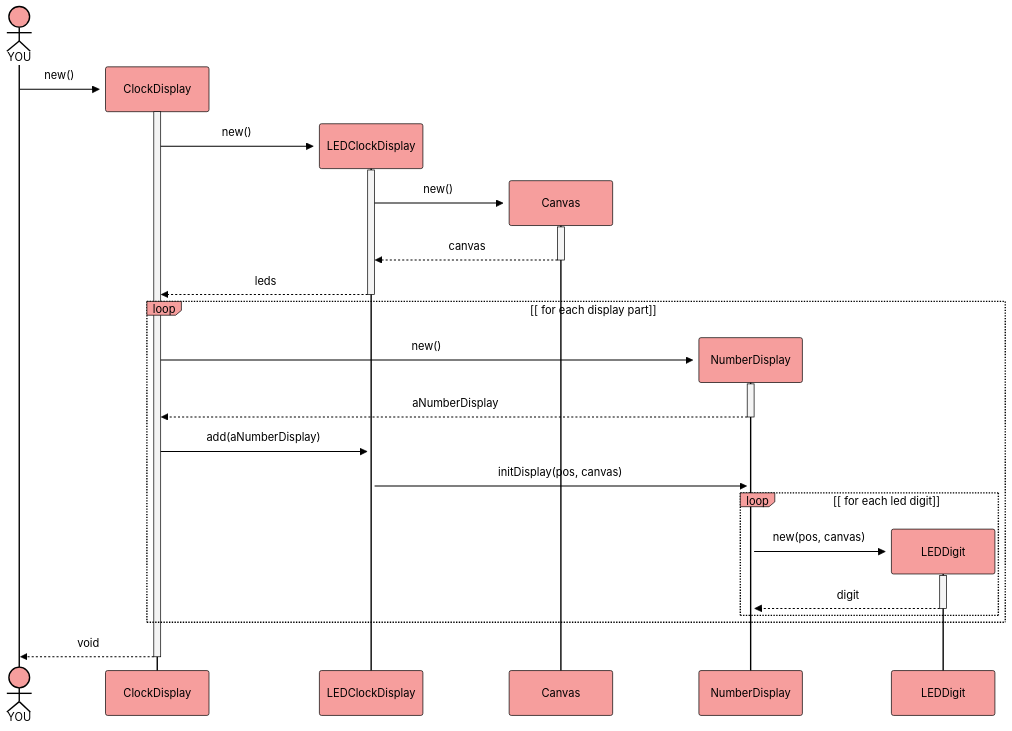
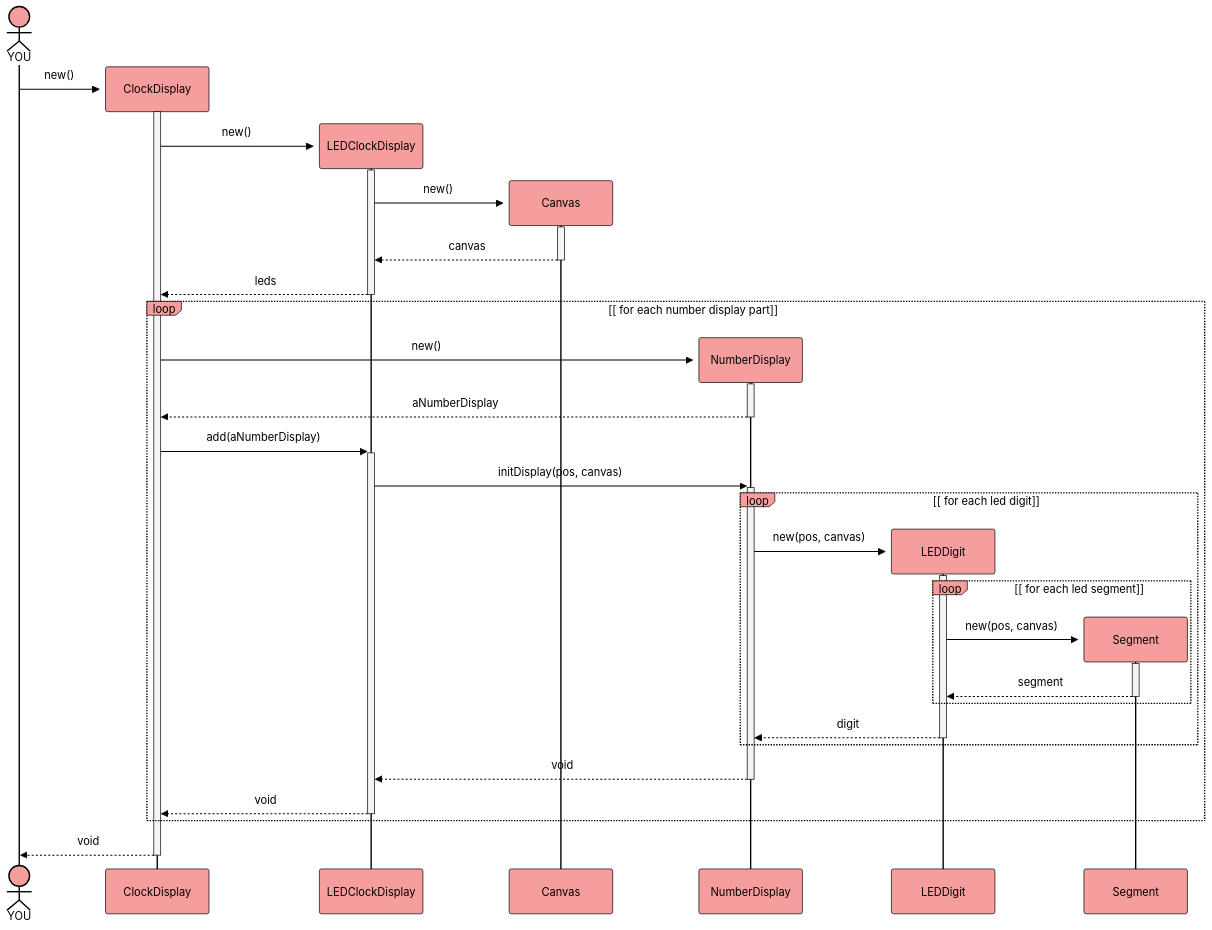
The diagram in hugo/content/material/info1/clock_display_refactoring/led_display.md (bkleinen/bkleinen.github.io), drawn with Mermaid before and after one commit.

Commit message:
led display init sd

````diff
--- a/hugo/content/material/info1/clock_display_refactoring/led_display.md
+++ b/hugo/content/material/info1/clock_display_refactoring/led_display.md
@@ -14,48 +14,57 @@
 ```mermaid
 %%{
   init: {
     'theme': 'base',
     'themeVariables': {
       'primaryColor': '#f69e9d', 
       'primaryTextColor': '#000',
       'primaryBorderColor': '#000',
       'lineColor': '#F8B229',
       'secondaryColor': '#f4f4f4',
       'activationBorderColor': '#000',
       'tertiaryColor': '#fff'
     }
   }
 }%%
 sequenceDiagram
     actor YOU
     create participant ClockDisplay
     YOU->>+ClockDisplay: new()
 
     create participant LEDClockDisplay
     ClockDisplay->>+LEDClockDisplay: new()
     create participant Canvas
     LEDClockDisplay->>+Canvas: new()
     Canvas-->>-LEDClockDisplay: canvas
     LEDClockDisplay-->>-ClockDisplay: leds
 
-    loop [ for each display part]
+    loop [ for each number display part]
     create participant NumberDisplay
     ClockDisplay->>+NumberDisplay:new()
     NumberDisplay-->>-ClockDisplay:aNumberDisplay
     ClockDisplay->>+LEDClockDisplay: add(aNumberDisplay)
     LEDClockDisplay->>+NumberDisplay:initDisplay(pos, canvas)
     
     loop [ for each led digit]
     create participant LEDDigit
     NumberDisplay->>+LEDDigit:new(pos, canvas)
+
+    loop [ for each led segment]
+    create participant Segment
+    LEDDigit->>+Segment:new(pos, canvas)
+    Segment-->>-LEDDigit: segment
+    end
+
     LEDDigit-->>-NumberDisplay: digit
     end
-    
+
+    NumberDisplay-->>-LEDClockDisplay:void
+    LEDClockDisplay-->>-ClockDisplay:void
 
 
     end
 
     ClockDisplay-->>-YOU:void
 
 
 ```
````
